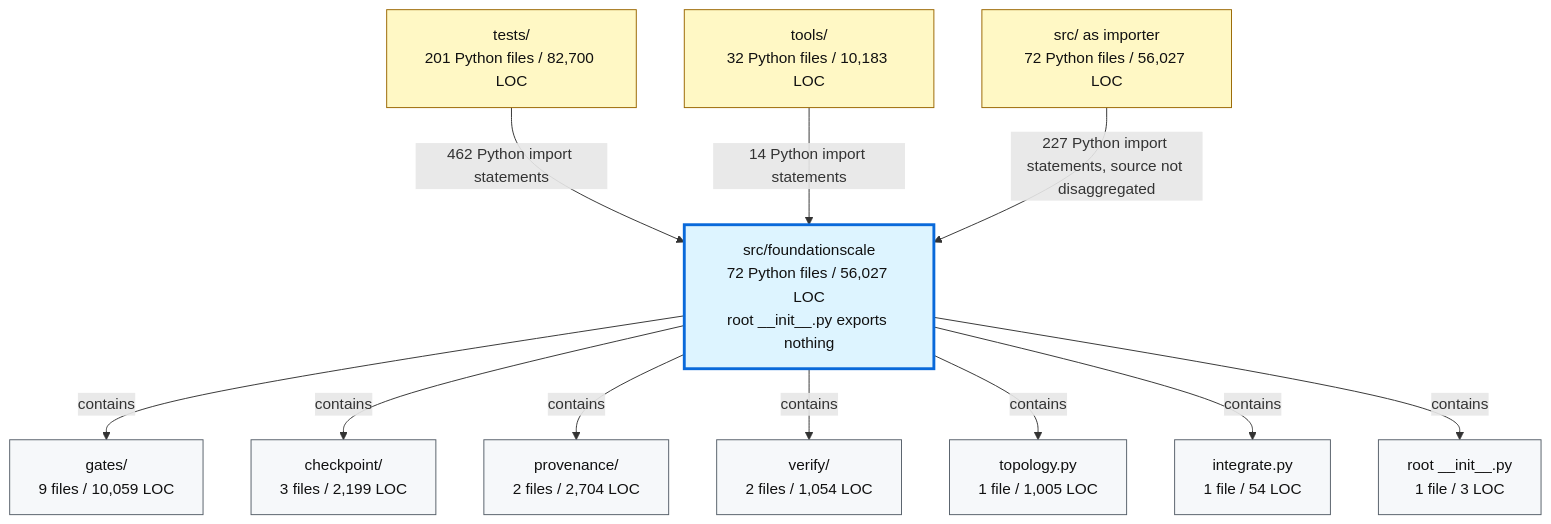
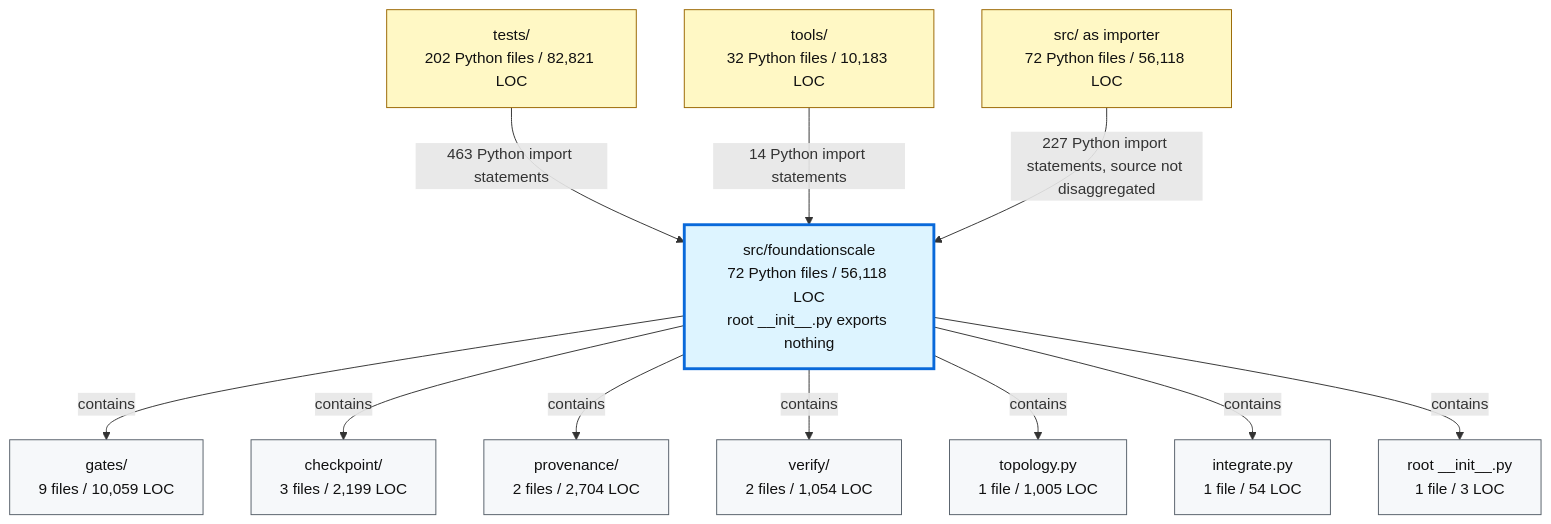
One commit to TranNhiem/FoundationScale changed the second of 2 diagrams in docs/review/D2_current_architecture.md. Above: the diagram before and after it, drawn with Mermaid. The commit also changed other lines of this file and 13 other files, not shown here.

````diff
--- a/docs/review/D2_current_architecture.md
+++ b/docs/review/D2_current_architecture.md
@@ -97,36 +97,36 @@
 ```mermaid
 flowchart TB
-  TESTS["tests/<br/>201 Python files / 82,700 LOC"]
+  TESTS["tests/<br/>202 Python files / 82,821 LOC"]
   TOOLS["tools/<br/>32 Python files / 10,183 LOC"]
-  SRC["src/ as importer<br/>72 Python files / 56,027 LOC"]
+  SRC["src/ as importer<br/>72 Python files / 56,118 LOC"]
 
-  FS["src/foundationscale<br/>72 Python files / 56,027 LOC<br/>root __init__.py exports nothing"]
+  FS["src/foundationscale<br/>72 Python files / 56,118 LOC<br/>root __init__.py exports nothing"]
 
   GATES["gates/<br/>9 files / 10,059 LOC"]
   CKPT["checkpoint/<br/>3 files / 2,199 LOC"]
   PROV["provenance/<br/>2 files / 2,704 LOC"]
   VERIFY["verify/<br/>2 files / 1,054 LOC"]
   TOPO["topology.py<br/>1 file / 1,005 LOC"]
   INTEG["integrate.py<br/>1 file / 54 LOC"]
   ROOT["root __init__.py<br/>1 file / 3 LOC"]
 
-  TESTS -->|"462 Python import statements"| FS
+  TESTS -->|"463 Python import statements"| FS
   TOOLS -->|"14 Python import statements"| FS
   SRC -->|"227 Python import statements, source not disaggregated"| FS
 
   FS -->|"contains"| GATES
   FS -->|"contains"| CKPT
   FS -->|"contains"| PROV
   FS -->|"contains"| VERIFY
   FS -->|"contains"| TOPO
   FS -->|"contains"| INTEG
   FS -->|"contains"| ROOT
 
   classDef consumer fill:#fff8c5,stroke:#9a6700,color:#111;
   classDef package fill:#ddf4ff,stroke:#0969da,stroke-width:3px,color:#111;
   classDef module fill:#f6f8fa,stroke:#57606a,color:#111;
 
   class TESTS,TOOLS,SRC consumer;
   class FS package;
   class GATES,CKPT,PROV,VERIFY,TOPO,INTEG,ROOT module;
 ```
````
